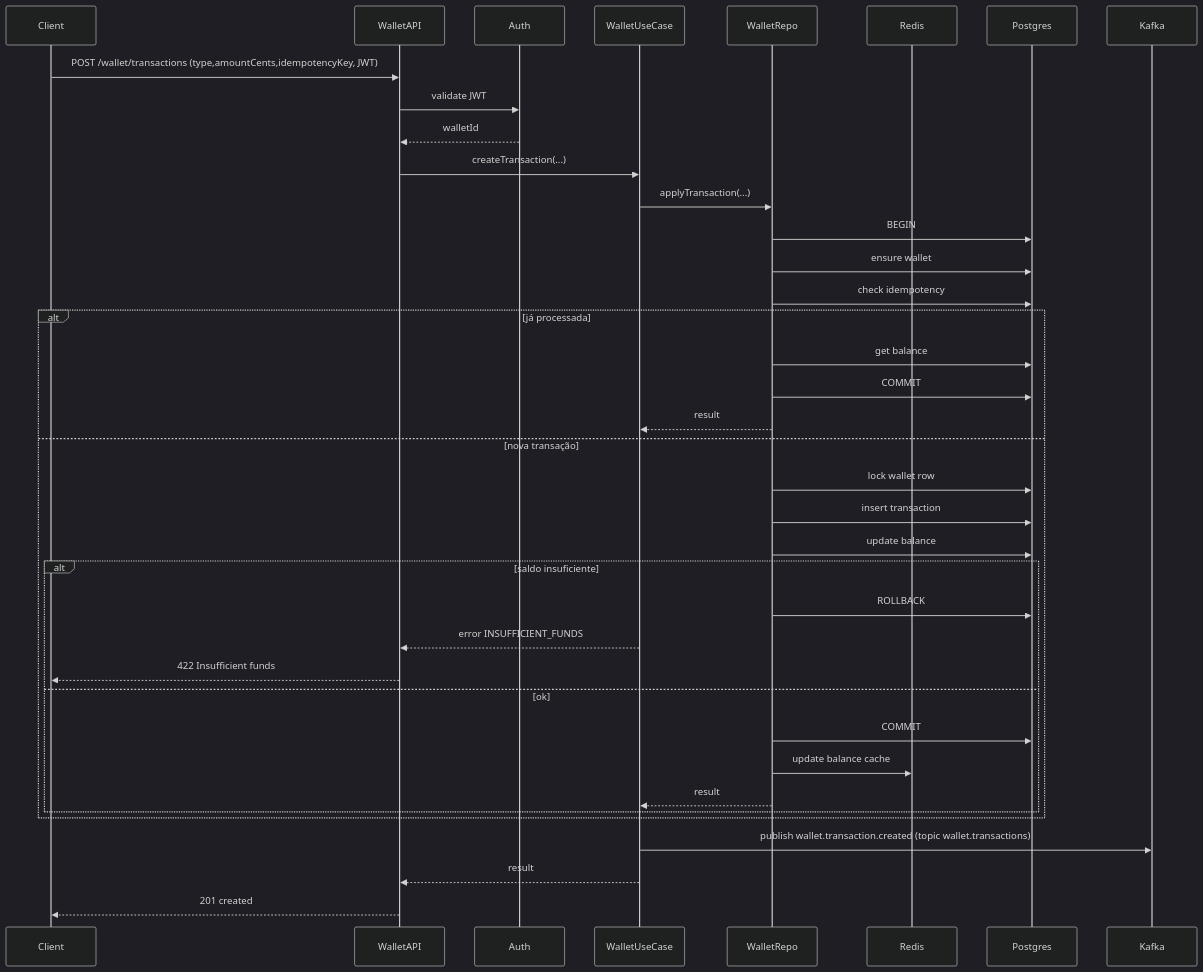
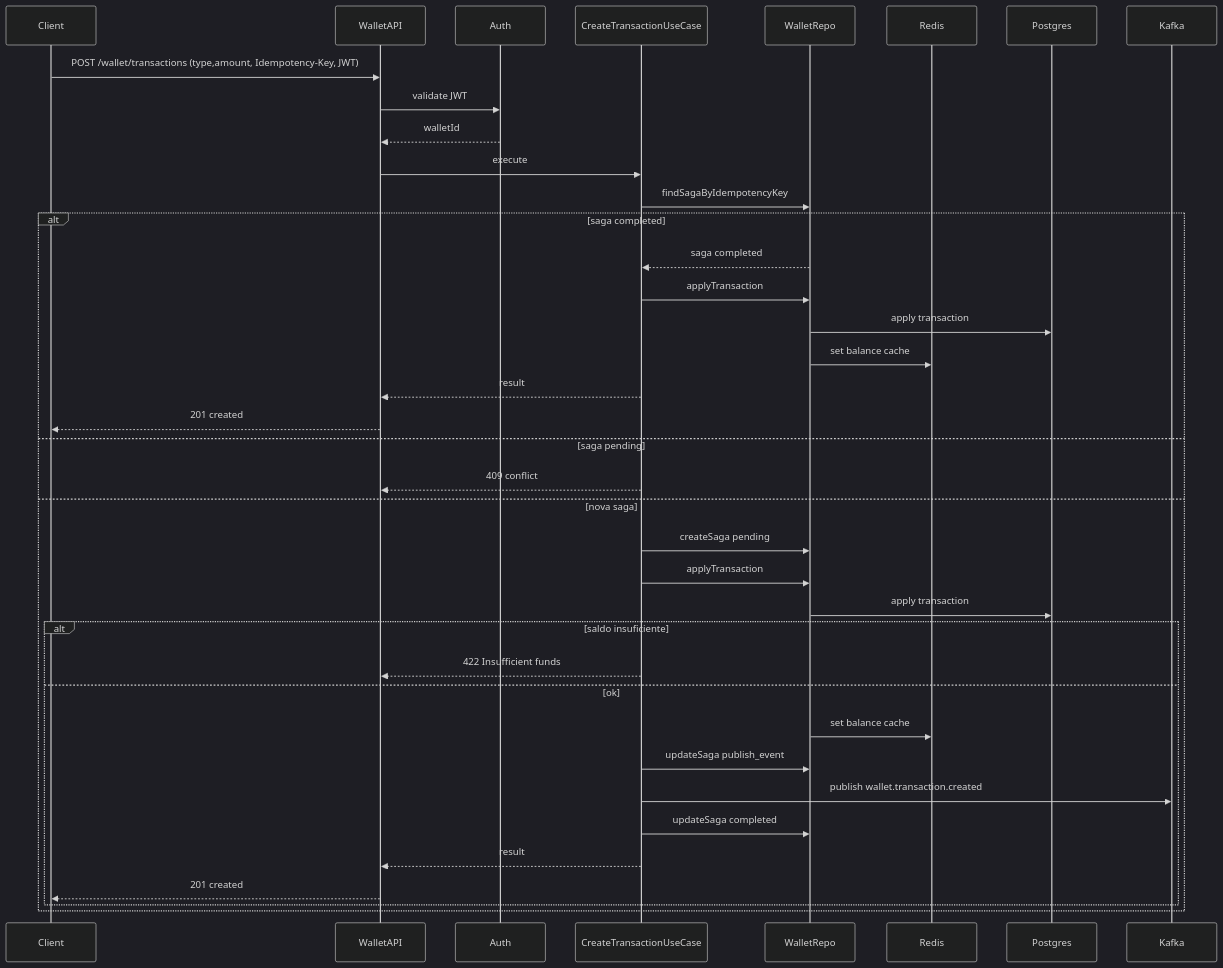
One commit to rodrigocardosodev/ilia-nodejs-challenge changed the fourth of 7 diagrams in README.md. Above: the diagram before and after it, drawn with Mermaid (dark theme). The commit also changed other lines of this file and 36 other files, not shown here.

````diff
--- a/README.md
+++ b/README.md
@@ -224,41 +224,41 @@
 ```mermaid
 sequenceDiagram
     participant Client
     participant WalletAPI
     participant Auth
-    participant WalletUseCase
+    participant CreateTransactionUseCase
     participant WalletRepo
     participant Redis
     participant Postgres
     participant Kafka
 
-    Client->>WalletAPI: POST /wallet/transactions (type,amountCents,idempotencyKey, JWT)
+    Client->>WalletAPI: POST /wallet/transactions (type,amount, Idempotency-Key, JWT)
     WalletAPI->>Auth: validate JWT
     Auth-->>WalletAPI: walletId
-    WalletAPI->>WalletUseCase: createTransaction(...)
-    WalletUseCase->>WalletRepo: applyTransaction(...)
-    WalletRepo->>Postgres: BEGIN
-    WalletRepo->>Postgres: ensure wallet
-    WalletRepo->>Postgres: check idempotency
-    alt já processada
-        WalletRepo->>Postgres: get balance
-        WalletRepo->>Postgres: COMMIT
-        WalletRepo-->>WalletUseCase: result
-    else nova transação
-        WalletRepo->>Postgres: lock wallet row
-        WalletRepo->>Postgres: insert transaction
-        WalletRepo->>Postgres: update balance
+    WalletAPI->>CreateTransactionUseCase: execute
+    CreateTransactionUseCase->>WalletRepo: findSagaByIdempotencyKey
+    alt saga completed
+        WalletRepo-->>CreateTransactionUseCase: saga completed
+        CreateTransactionUseCase->>WalletRepo: applyTransaction
+        WalletRepo->>Postgres: apply transaction
+        WalletRepo->>Redis: set balance cache
+        CreateTransactionUseCase-->>WalletAPI: result
+        WalletAPI-->>Client: 201 created
+    else saga pending
+        CreateTransactionUseCase-->>WalletAPI: 409 conflict
+    else nova saga
+        CreateTransactionUseCase->>WalletRepo: createSaga pending
+        CreateTransactionUseCase->>WalletRepo: applyTransaction
+        WalletRepo->>Postgres: apply transaction
         alt saldo insuficiente
-            WalletRepo->>Postgres: ROLLBACK
-            WalletUseCase-->>WalletAPI: error INSUFFICIENT_FUNDS
-            WalletAPI-->>Client: 422 Insufficient funds
+            CreateTransactionUseCase-->>WalletAPI: 422 Insufficient funds
         else ok
-            WalletRepo->>Postgres: COMMIT
-            WalletRepo->>Redis: update balance cache
-            WalletRepo-->>WalletUseCase: result
+            WalletRepo->>Redis: set balance cache
+            CreateTransactionUseCase->>WalletRepo: updateSaga publish_event
+            CreateTransactionUseCase->>Kafka: publish wallet.transaction.created
+            CreateTransactionUseCase->>WalletRepo: updateSaga completed
+            CreateTransactionUseCase-->>WalletAPI: result
+            WalletAPI-->>Client: 201 created
         end
     end
-    WalletUseCase->>Kafka: publish wallet.transaction.created (topic wallet.transactions)
-    WalletUseCase-->>WalletAPI: result
-    WalletAPI-->>Client: 201 created
 ```
````
